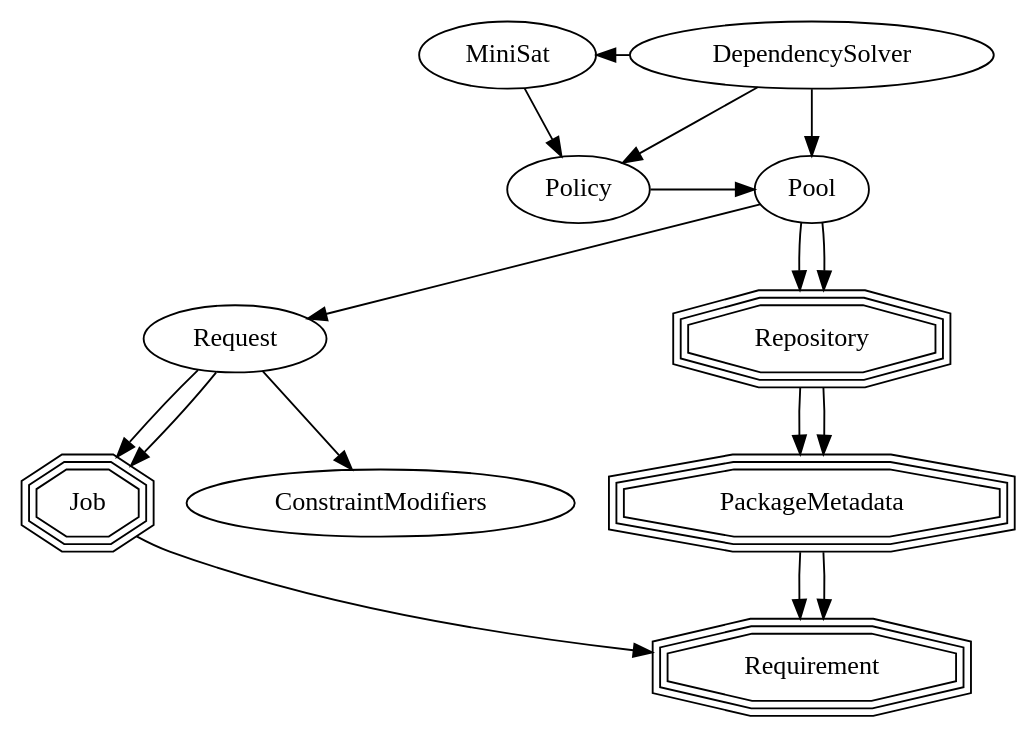
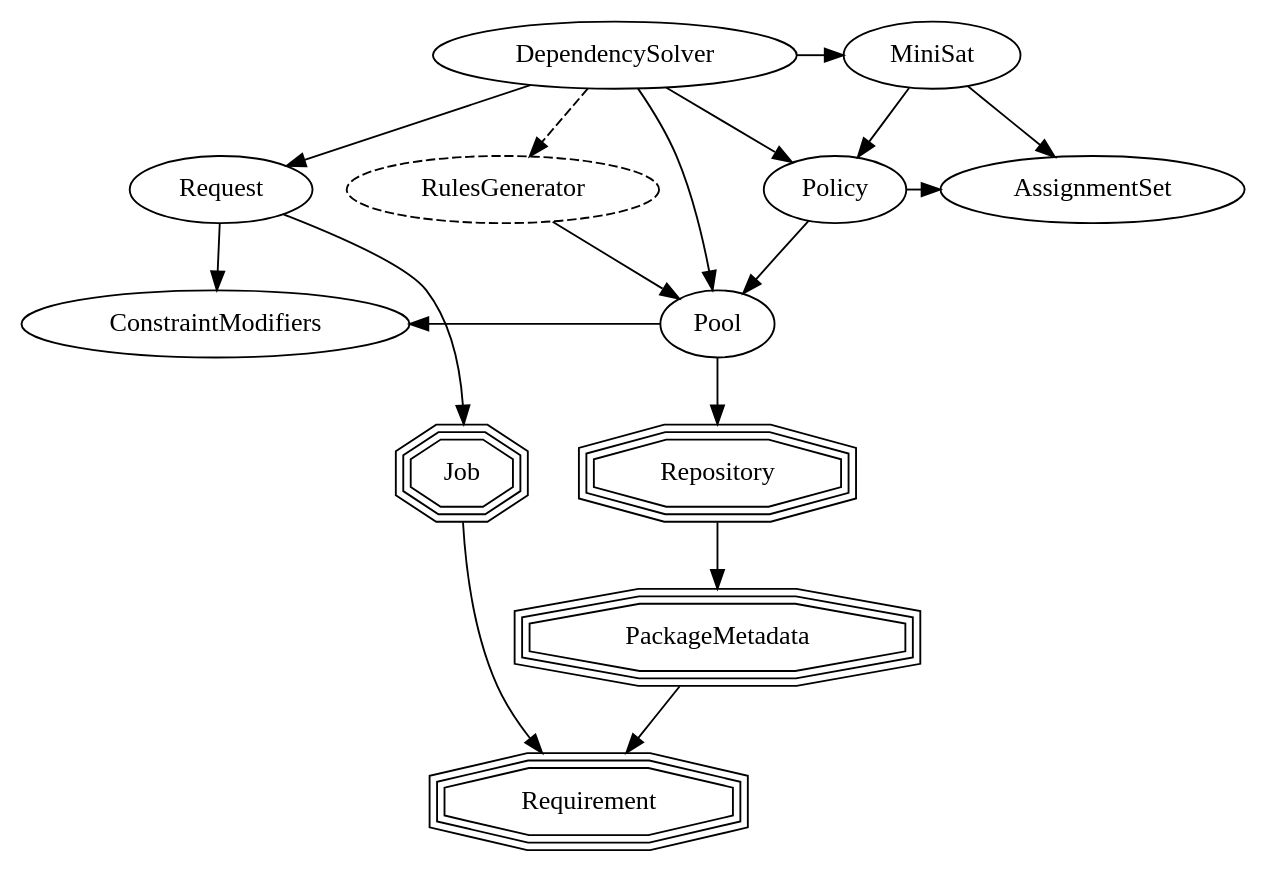
Before and after one commit to enthought/sat-solver: the tenth of 10 diagrams in docs/source/architecture.rst, drawn with Graphviz. The commit also changed other lines of this file and 4 other files, not shown here.

```diff
--- a/docs/source/architecture.rst
+++ b/docs/source/architecture.rst
@@ -170,25 +238,27 @@
 .. graphviz::
 
     digraph simplesat {
         DependencySolver -> Policy;
         DependencySolver -> Pool;
+        DependencySolver -> Request;
         DependencySolver -> MiniSat [constraint = false];
+        DependencySolver -> RulesGenerator [style = dashed];
+        RulesGenerator -> Pool [constraint = false];
         MiniSat -> Policy;
-        Policy -> Pool [constraint = false];
-        Pool -> Request;
-        Request -> Job;
-        Request -> Job;
+        MiniSat -> AssignmentSet;
+        Policy -> AssignmentSet [constraint = false];
+        Policy -> Pool;
+        Pool -> Repository;
+        Repository -> PackageMetadata;
+        PackageMetadata -> Requirement;
+        Pool -> ConstraintModifiers [constraint = false];
         Job -> Requirement;
         Request -> ConstraintModifiers;
-        Pool -> Repository;
-        Pool -> Repository;
-        Repository -> PackageMetadata;
-        Repository -> PackageMetadata;
-        PackageMetadata -> Requirement;
-        PackageMetadata -> Requirement;
+        Request -> Job;
 
         Repository [shape=tripleoctagon];
         Job [shape=tripleoctagon];
         Requirement [shape=tripleoctagon];
         PackageMetadata [shape=tripleoctagon];
+        RulesGenerator [style = dashed];
     }
```
